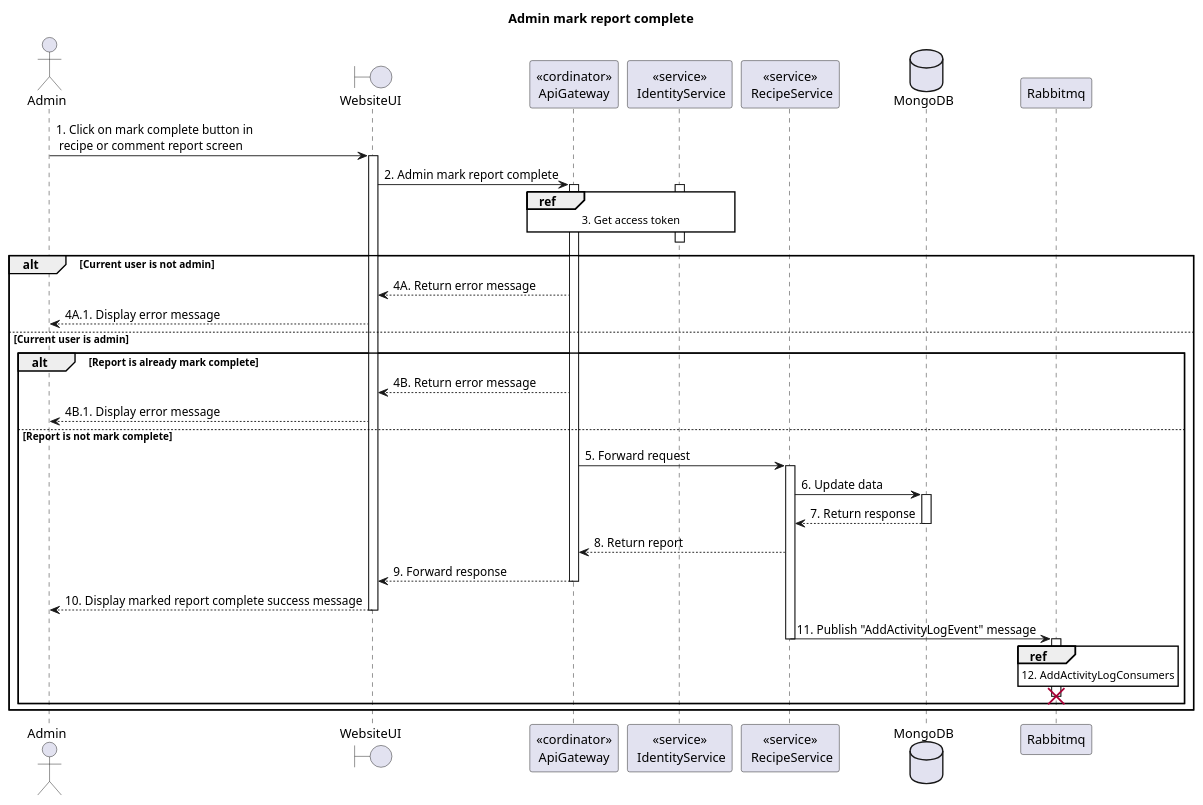
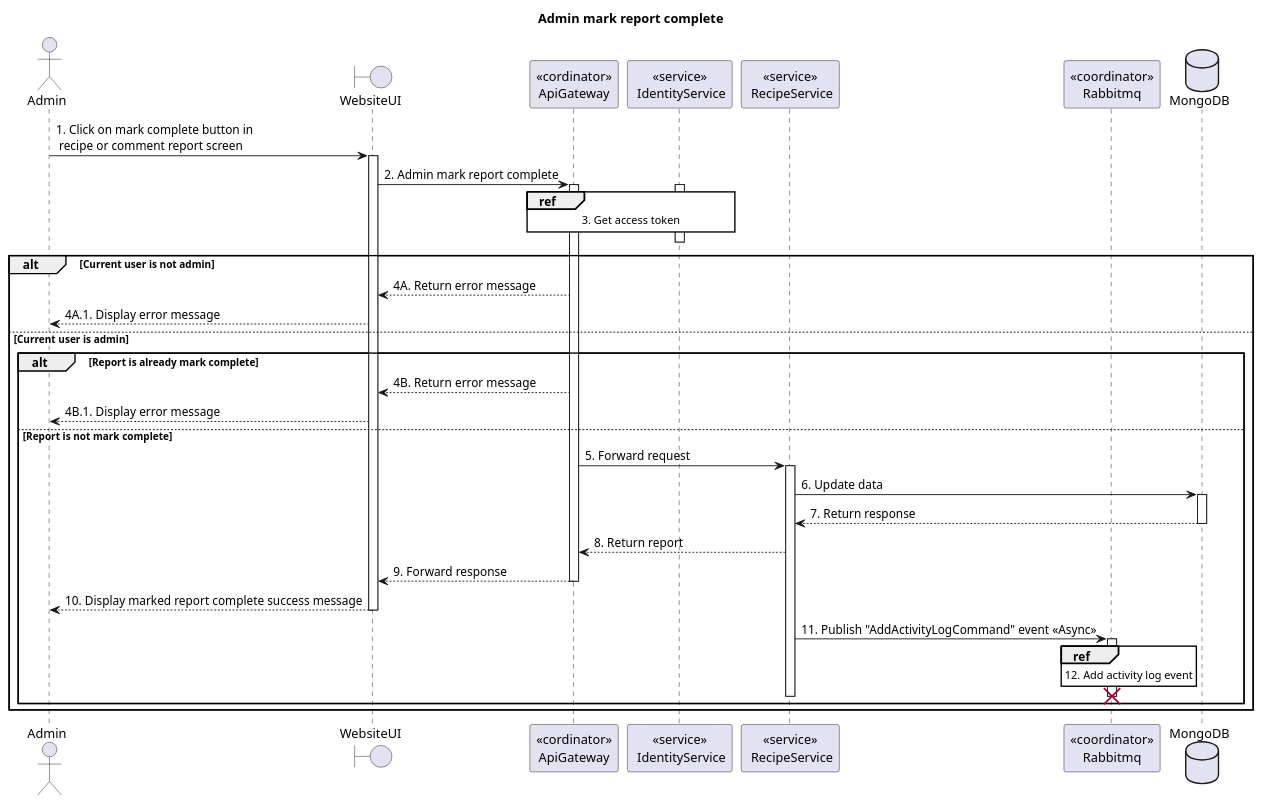
One commit to Carl-Johnsons/tastopia changed the diagram in doc/SDS/Recipe/Admin/Admin mark report complete/Sequence.plantuml. Above: the diagram before and after it, drawn with PlantUML. The commit also changed 59 other files, not shown here.

Commit message:
be: fix some recipe and user sequence and class diagram

```diff
--- a/doc/SDS/Recipe/Admin/Admin mark report complete/Sequence.plantuml
+++ b/doc/SDS/Recipe/Admin/Admin mark report complete/Sequence.plantuml
@@ -1,50 +1,52 @@
 @startuml Sequence
 title "Admin mark report complete"
 
 ' Style section
 <style>
   sequenceDiagram {
     reference {
       BackGroundColor white
     }
 }
 </style>
 
 actor Admin
 boundary WebsiteUI
 participant "<<cordinator>>\nApiGateway" as ApiGateway
 participant "<<service>>\n IdentityService" as IdentityService
 participant "<<service>>\n RecipeService" as RecipeService
+participant "<<coordinator>>\nRabbitmq" as Rabbitmq
 database MongoDB
 
 Admin -> WebsiteUI ++: 1. Click on mark complete button in \n recipe or comment report screen
 WebsiteUI -> ApiGateway ++: 2. Admin mark report complete
 
 activate IdentityService
 ref over ApiGateway, IdentityService: 3. Get access token
 ApiGateway -[hidden]-> IdentityService
 deactivate IdentityService
 
 alt Current user is not admin
     WebsiteUI <-- ApiGateway: 4A. Return error message
     Admin <-- WebsiteUI: 4A.1. Display error message
 else Current user is admin
     alt Report is already mark complete
         WebsiteUI <-- ApiGateway: 4B. Return error message
         Admin <-- WebsiteUI: 4B.1. Display error message
     else Report is not mark complete
         ApiGateway -> RecipeService ++: 5. Forward request
         RecipeService -> MongoDB++: 6. Update data
         RecipeService <-- MongoDB--: 7. Return response
         ApiGateway <-- RecipeService: 8. Return report
         WebsiteUI <-- ApiGateway--: 9. Forward response
         Admin <-- WebsiteUI--: 10. Display marked report complete success message
-        RecipeService -> Rabbitmq: 11. Publish "AddActivityLogEvent" message 
+        RecipeService -> Rabbitmq: 11. Publish "AddActivityLogCommand" event <<Async>>
+        activate Rabbitmq
+        ref over Rabbitmq: 12. Add activity log event
+        RecipeService -[hidden]-> Rabbitmq
+        deactivate Rabbitmq
+        destroy Rabbitmq
         deactivate RecipeService
-        activate Rabbitmq
-        ref over Rabbitmq: 12. AddActivityLogConsumers
-        Rabbitmq -[hidden]> 
-        destroy Rabbitmq
     end alt
 end alt
 @enduml
```
